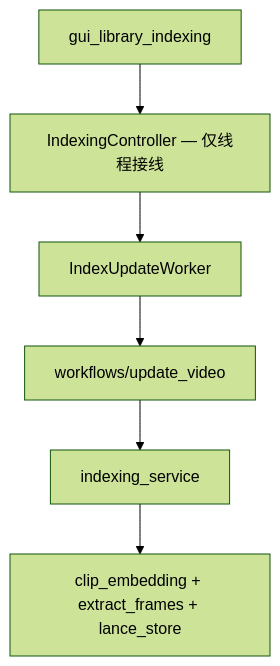
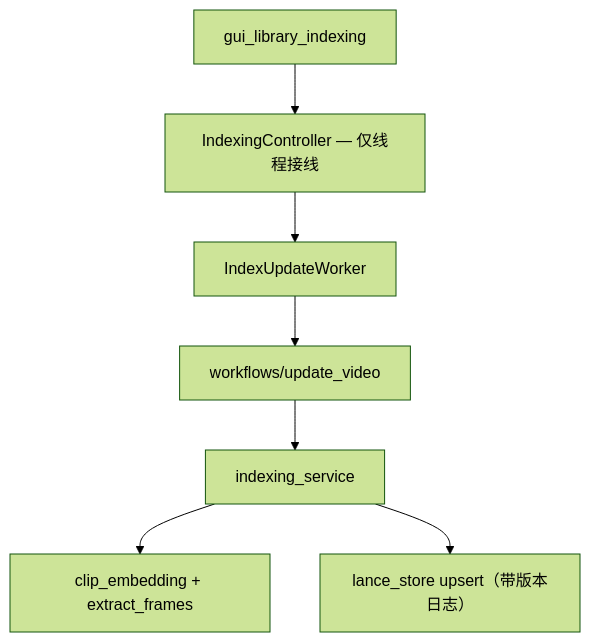
Before and after one commit to 6v17/VideoSeek: the third of 6 diagrams in docs/architecture.md, drawn with Mermaid (forest theme). The commit also changed other lines of this file and 4 other files, not shown here.

````diff
--- a/docs/architecture.md
+++ b/docs/architecture.md
@@ -83,8 +83,9 @@
 ```mermaid
 flowchart TB
   GL["gui_library_indexing"] --> IC["IndexingController — 仅线程接线"]
   IC --> IW["IndexUpdateWorker"]
   IW --> WF["workflows/update_video"]
   WF --> IS["indexing_service"]
-  IS --> CE["clip_embedding + extract_frames + lance_store"]
+  IS --> CE["clip_embedding + extract_frames"]
+  IS --> LS["lance_store upsert（带版本日志）"]
 ```
````
